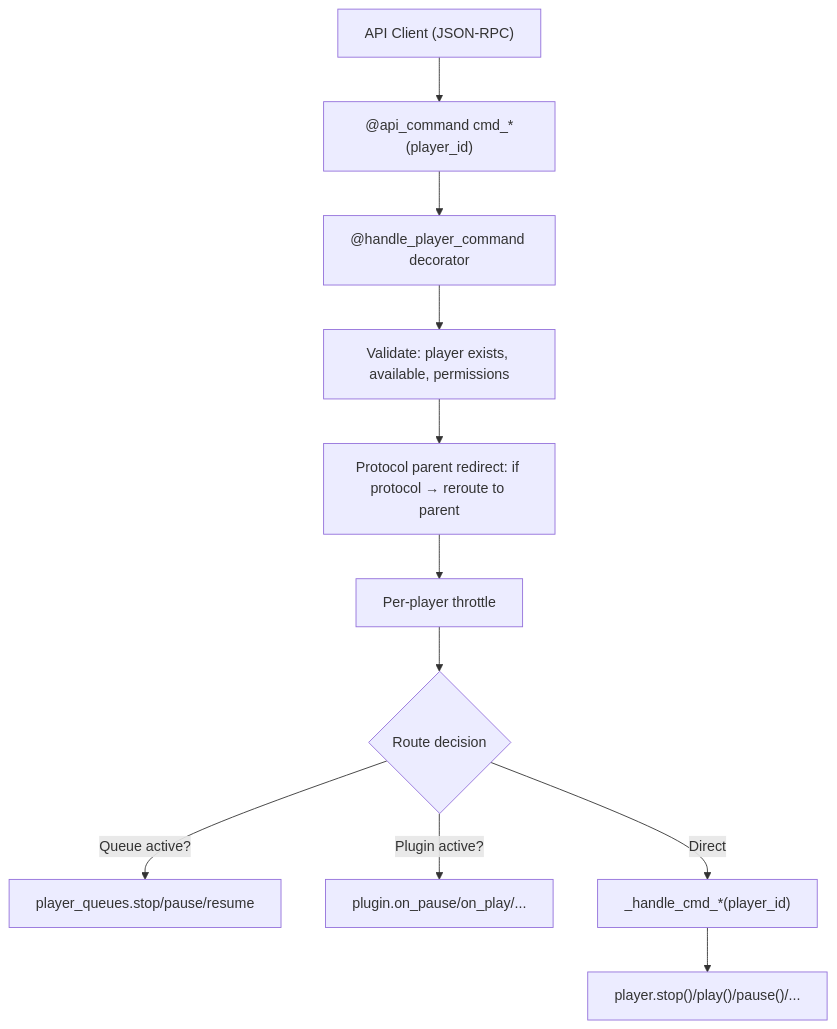
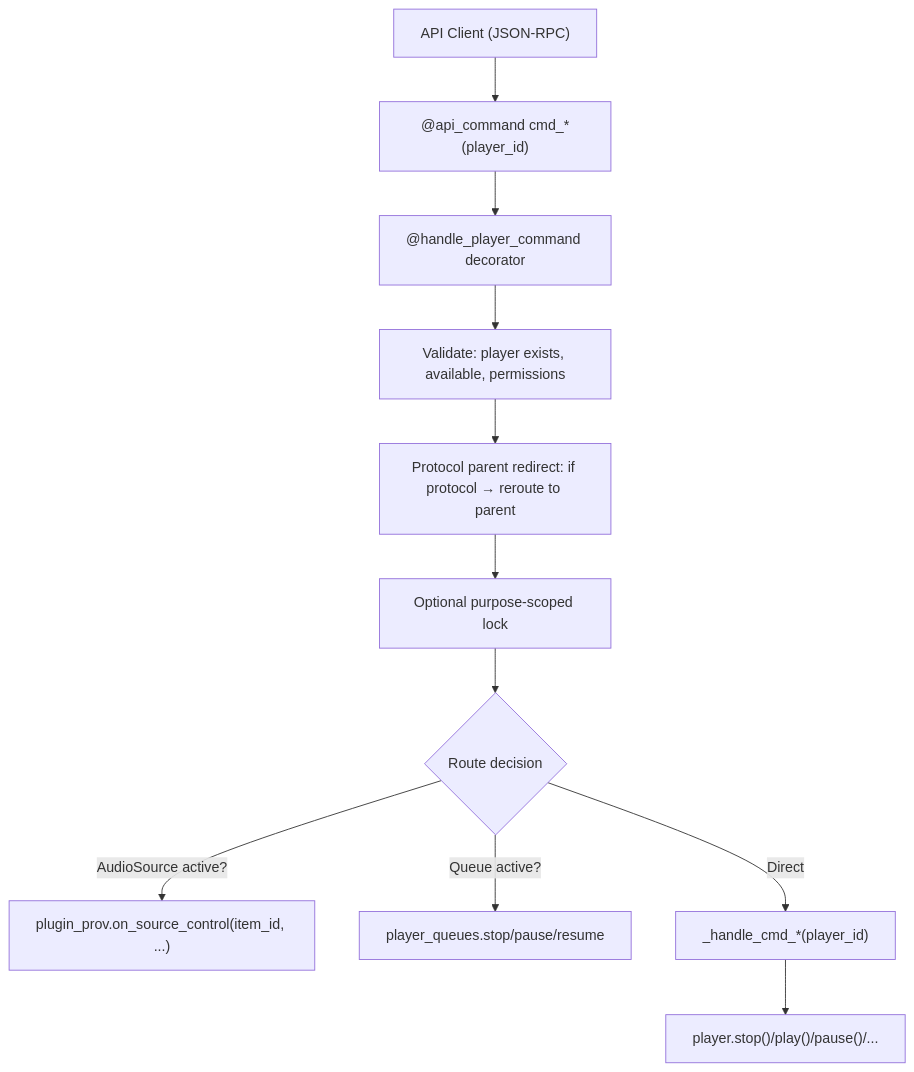
One commit to theturtle32/music-assistant-server changed the diagram in docs/architecture/04-player-controller.md. Above: the diagram before and after it, drawn with Mermaid. The commit also changed other lines of this file and 1 other file, not shown here.

First line of the commit message:
docs(architecture): refresh player model and controller for state, locking and command changes

````diff
--- a/docs/architecture/04-player-controller.md
+++ b/docs/architecture/04-player-controller.md
@@ -47,13 +64,13 @@
 ```mermaid
 flowchart TD
     API["API Client (JSON-RPC)"] --> CMD["@api_command cmd_*(player_id)"]
     CMD --> DEC["@handle_player_command decorator"]
     DEC --> VAL["Validate: player exists, available, permissions"]
     VAL --> PROTO["Protocol parent redirect: if protocol → reroute to parent"]
-    PROTO --> THROTTLE["Per-player throttle"]
-    THROTTLE --> ROUTE{"Route decision"}
+    PROTO --> LOCK["Optional purpose-scoped lock"]
+    LOCK --> ROUTE{"Route decision"}
+    ROUTE -->|"AudioSource active?"| PLUGIN["plugin_prov.on_source_control(item_id, ...)"]
     ROUTE -->|"Queue active?"| QUEUE["player_queues.stop/pause/resume"]
-    ROUTE -->|"Plugin active?"| PLUGIN["plugin.on_pause/on_play/..."]
     ROUTE -->|"Direct"| HANDLE["_handle_cmd_*(player_id)"]
     HANDLE --> PLAYER["player.stop()/play()/pause()/..."]
 ```
````
